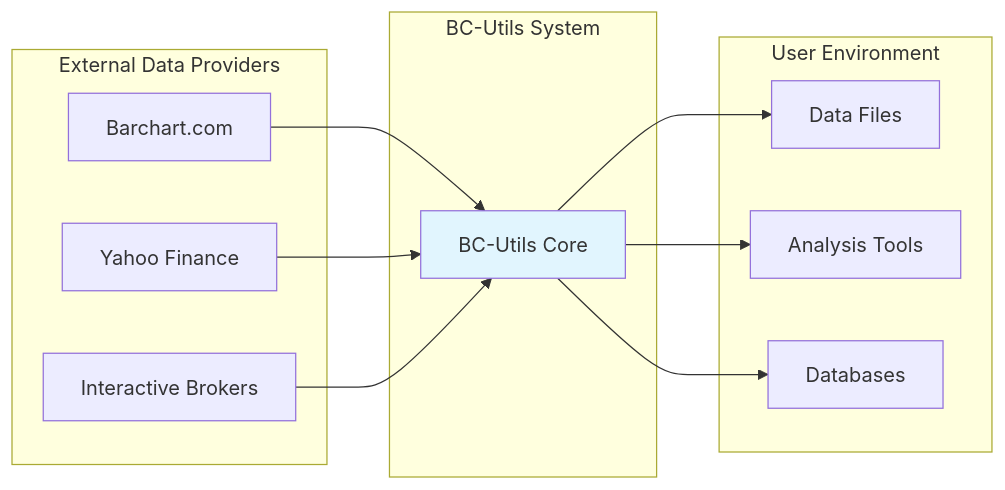
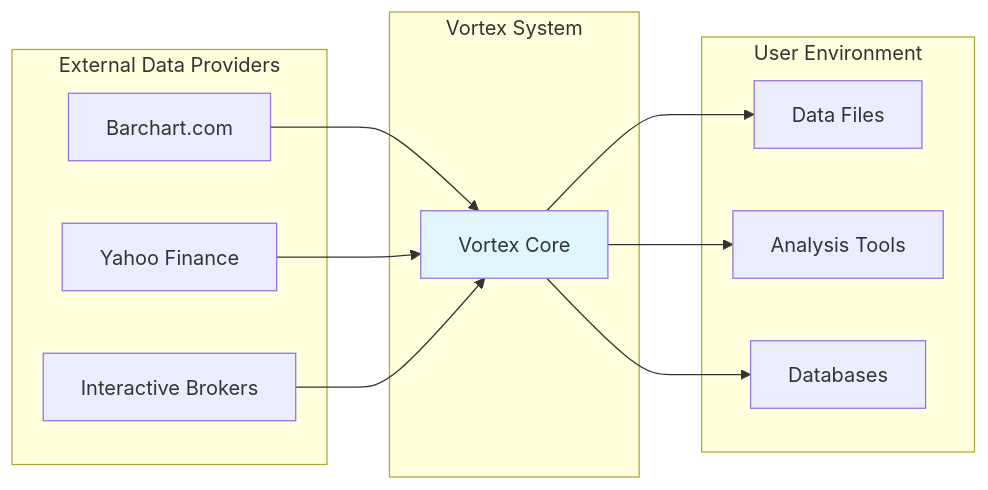
Before and after one commit to makutaku/vortex: the second of 6 diagrams in docs/design/hld/01-system-overview.md, drawn with Mermaid. The commit also changed other lines of this file and 18 other files, not shown here.

First line of the commit message:
Rename project from bc-utils to Vortex

````diff
--- a/docs/design/hld/01-system-overview.md
+++ b/docs/design/hld/01-system-overview.md
@@ -45,28 +45,28 @@
 ```mermaid
 graph LR
     subgraph "External Data Providers"
         BC[Barchart.com]
         YF[Yahoo Finance]
         IB[Interactive Brokers]
     end
     
-    subgraph "BC-Utils System"
-        Core[BC-Utils Core]
+    subgraph "Vortex System"
+        Core[Vortex Core]
     end
     
     subgraph "User Environment"
         Files[Data Files]
         Analytics[Analysis Tools]
         DB[Databases]
     end
     
     BC --> Core
     YF --> Core  
     IB --> Core
     
     Core --> Files
     Core --> Analytics
     Core --> DB
     
     style Core fill:#e1f5fe
 ```
````
